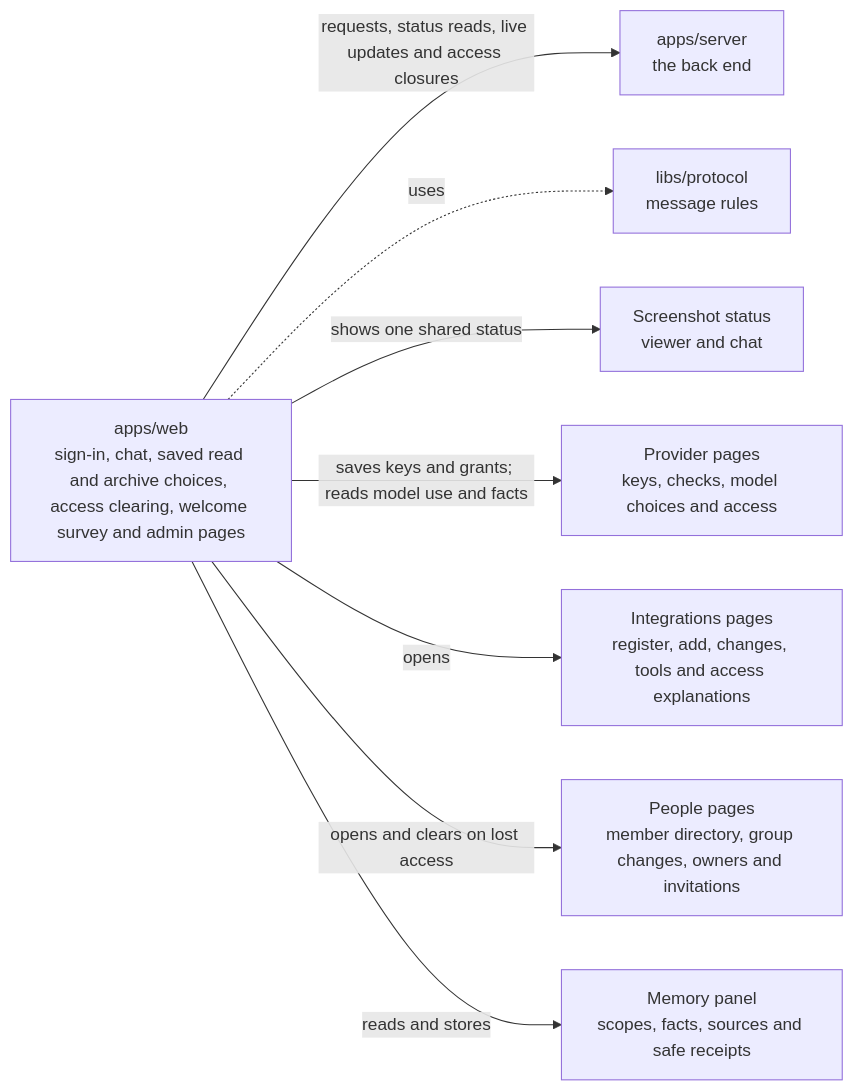
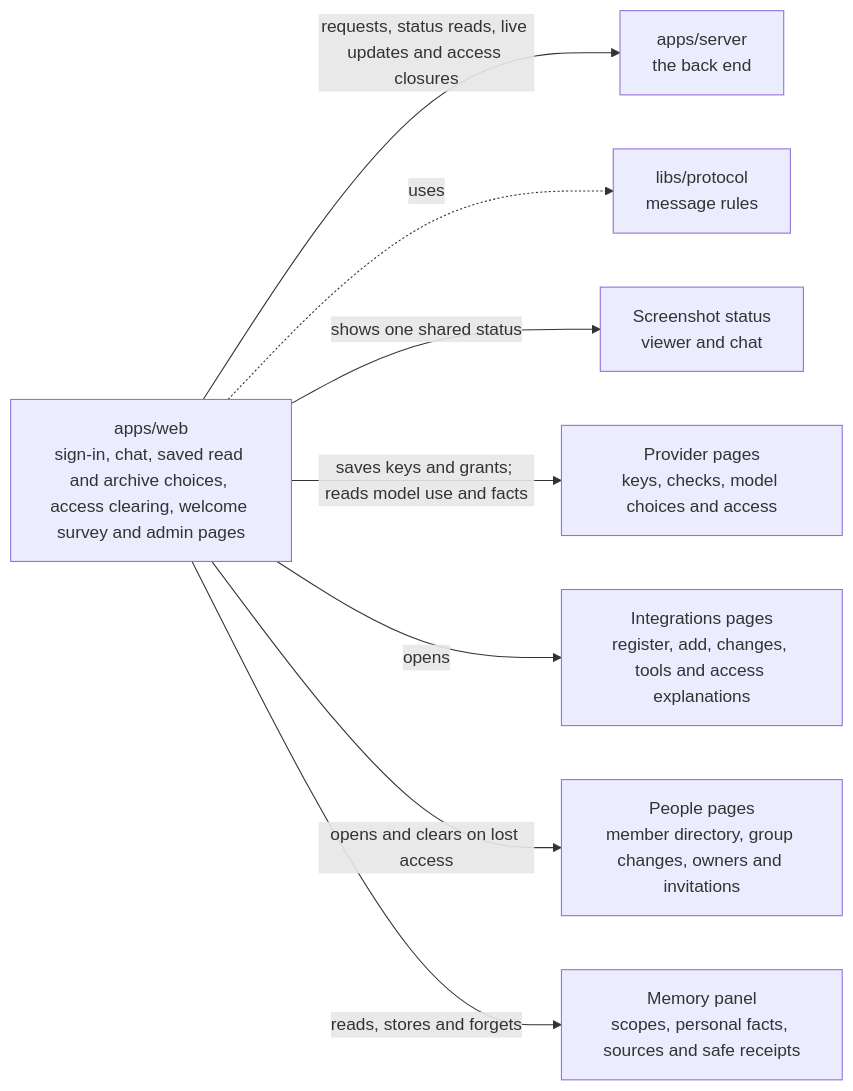
The diagram in apps/web/README.md (elewa-git/opencrane-new), drawn with Mermaid before and after one commit. The commit also changed other lines of this file and 25 other files, not shown here.

Commit message:
🧠 Let people forget their own saved facts from Memory

````diff
--- a/apps/web/README.md
+++ b/apps/web/README.md
@@ -11,10 +11,10 @@
 ```mermaid
 flowchart LR
   web["apps/web<br/>sign-in, chat, saved read and archive choices, access clearing, welcome survey and admin pages"] -->|requests, status reads, live updates and access closures| server["apps/server<br/>the back end"]
   web -.->|uses| protocol["libs/protocol<br/>message rules"]
   web -->|shows one shared status| capture["Screenshot status<br/>viewer and chat"]
   web -->|saves keys and grants; reads model use and facts| providers["Provider pages<br/>keys, checks, model choices and access"]
   web -->|opens| integrations["Integrations pages<br/>register, add, changes, tools and access explanations"]
   web -->|opens and clears on lost access| people["People pages<br/>member directory, group changes, owners and invitations"]
-  web -->|reads and stores| memory["Memory panel<br/>scopes, facts, sources and safe receipts"]
+  web -->|reads, stores and forgets| memory["Memory panel<br/>scopes, personal facts, sources and safe receipts"]
 ```
````
